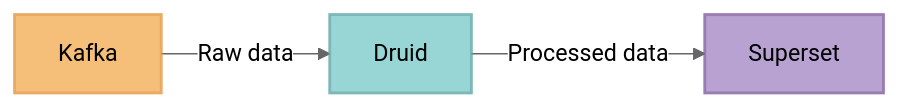
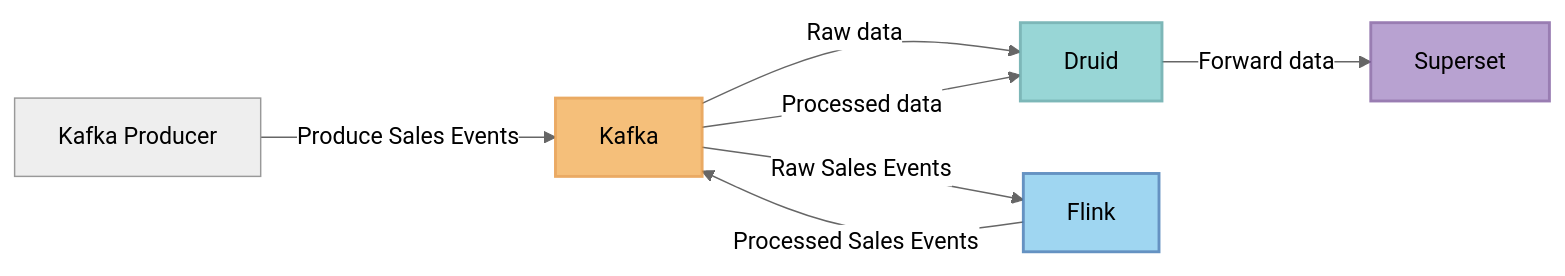
One commit to theodorecurtil/real_time_dashboarding changed the diagram in README.md. Above: the diagram before and after it, drawn with Mermaid (neutral theme).

````diff
--- a/README.md
+++ b/README.md
@@ -101,9 +101,14 @@
 ```mermaid
 graph LR
 style Kafka fill:#F3B05A,stroke:#E6953D,stroke-width:2px,rounded,border,opacity:0.8
 style Druid fill:#7FCDCD,stroke:#5DA6A7,stroke-width:2px,rounded,border,opacity:0.8
 style Superset fill:#A78CC6,stroke:#805DA0,stroke-width:2px,rounded,border,opacity:0.8
+style Flink fill:#88CCEE,stroke:#3F78B3,stroke-width:2px,rounded,border,opacity:0.8
 
-Kafka["Kafka"] -- Raw data --> Druid["Druid"]
-Druid -- Processed data --> Superset["Superset"]
+Producer["Kafka Producer"] -- Produce Sales Events --> Kafka["Kafka"]
+Kafka -- Raw Sales Events --> Flink["Flink"]
+Flink -- Processed Sales Events --> Kafka
+Kafka -- Raw data --> Druid["Druid"]
+Kafka -- Processed data --> Druid["Druid"]
+Druid -- Forward data --> Superset["Superset"]
 ```
````
